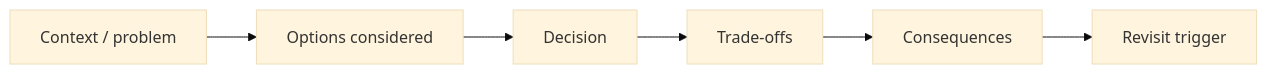
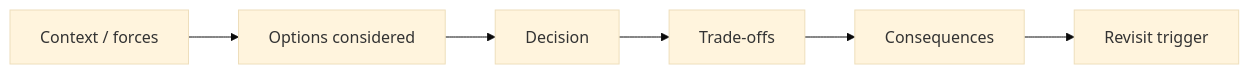
Before and after one commit to kumarchandansingh/tropos: the diagram in docs/decisions/README.md, drawn with Mermaid (base theme). The commit also changed other lines of this file and 13 other files, not shown here.

Commit message:
docs: rebuild Tropos living architecture

````diff
--- a/docs/decisions/README.md
+++ b/docs/decisions/README.md
@@ -7,8 +7,9 @@
 ```mermaid
 flowchart LR
-    C[Context / problem] --> O[Options considered]
-    O --> D[Decision]
-    D --> T[Trade-offs]
-    T --> K[Consequences]
-    K --> R[Revisit trigger]
+    C[Context / forces]
+    --> O[Options considered]
+    --> D[Decision]
+    --> T[Trade-offs]
+    --> K[Consequences]
+    --> R[Revisit trigger]
 ```
````
